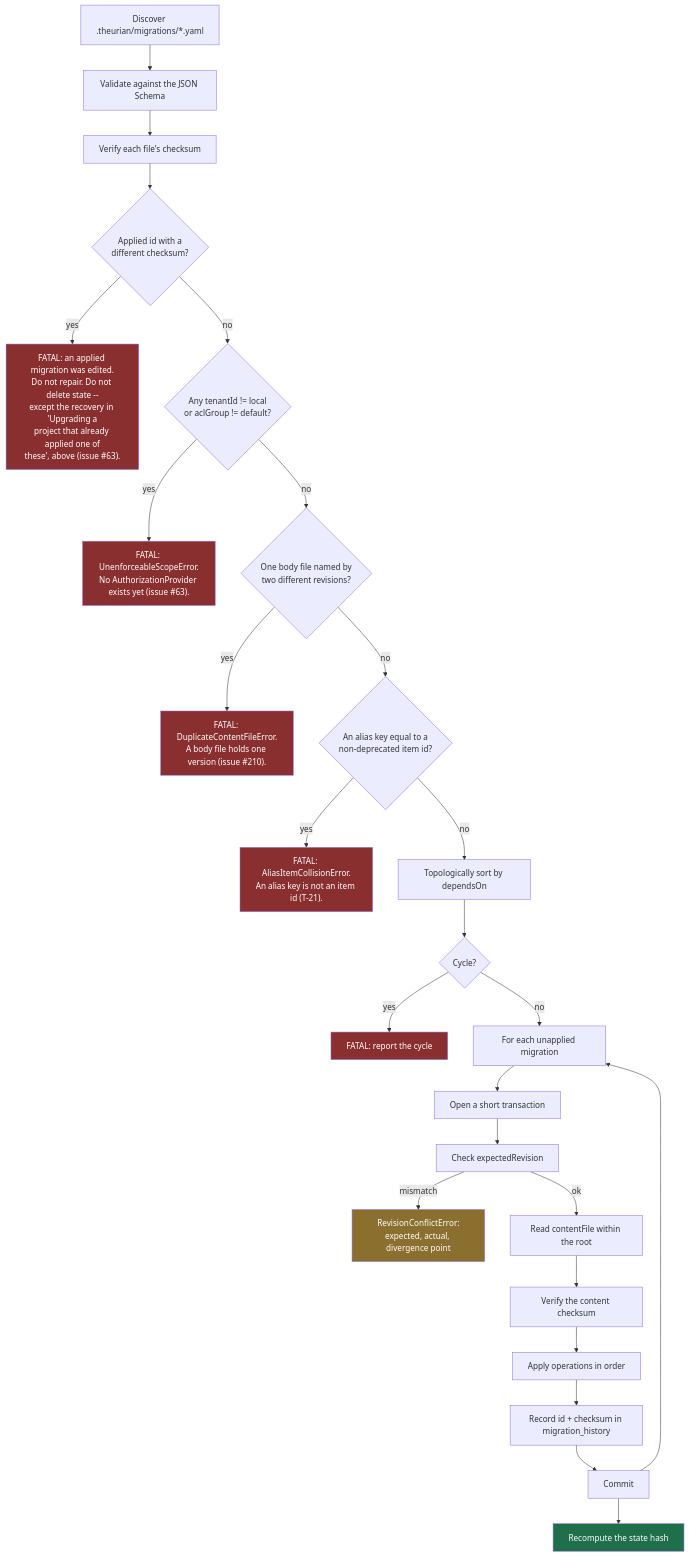
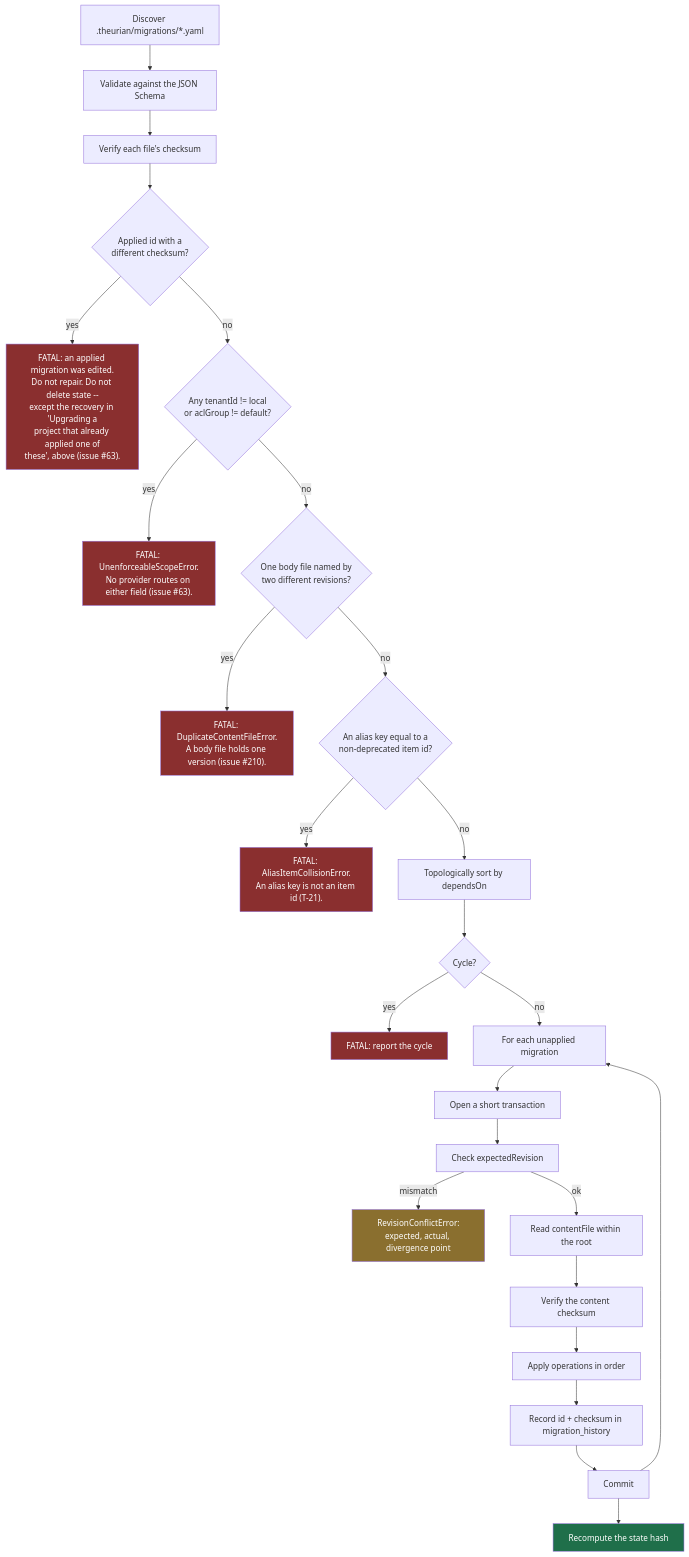
One commit to theurian/theurian changed the diagram in docs/protocol/migrations.md. Above: the diagram before and after it, drawn with Mermaid. The commit also changed other lines of this file and 4 other files, not shown here.

````diff
--- a/docs/protocol/migrations.md
+++ b/docs/protocol/migrations.md
@@ -429,35 +436,35 @@
 ```mermaid
 flowchart TD
     A["Discover .theurian/migrations/*.yaml"] --> B["Validate against the JSON Schema"]
     B --> C["Verify each file's checksum"]
     C --> D{"Applied id with a<br/>different checksum?"}
     D -->|yes| E["FATAL: an applied migration was edited.<br/>Do not repair. Do not delete state --<br/>except the recovery in 'Upgrading a<br/>project that already applied one of<br/>these', above (issue #63)."]
     D -->|no| S{"Any tenantId != local<br/>or aclGroup != default?"}
-    S -->|yes| T["FATAL: UnenforceableScopeError.<br/>No AuthorizationProvider exists yet (issue #63)."]
+    S -->|yes| T["FATAL: UnenforceableScopeError.<br/>No provider routes on either field (issue #63)."]
     S -->|no| U{"One body file named by<br/>two different revisions?"}
     U -->|yes| V["FATAL: DuplicateContentFileError.<br/>A body file holds one version (issue #210)."]
     U -->|no| W{"An alias key equal to a<br/>non-deprecated item id?"}
     W -->|yes| X["FATAL: AliasItemCollisionError.<br/>An alias key is not an item id (T-21)."]
     W -->|no| F["Topologically sort by dependsOn"]
     F --> G{"Cycle?"}
     G -->|yes| H["FATAL: report the cycle"]
     G -->|no| I["For each unapplied migration"]
     I --> J["Open a short transaction"]
     J --> K["Check expectedRevision"]
     K -->|mismatch| L["RevisionConflictError:<br/>expected, actual, divergence point"]
     K -->|ok| M["Read contentFile within the root"]
     M --> N["Verify the content checksum"]
     N --> O["Apply operations in order"]
     O --> P["Record id + checksum in migration_history"]
     P --> Q["Commit"]
     Q --> I
     Q --> R["Recompute the state hash"]
 
     style E fill:#8a2f2f,color:#fff
     style H fill:#8a2f2f,color:#fff
     style T fill:#8a2f2f,color:#fff
     style V fill:#8a2f2f,color:#fff
     style X fill:#8a2f2f,color:#fff
     style L fill:#8a6f2f,color:#fff
     style R fill:#1f6f4a,color:#fff
 ```
````
